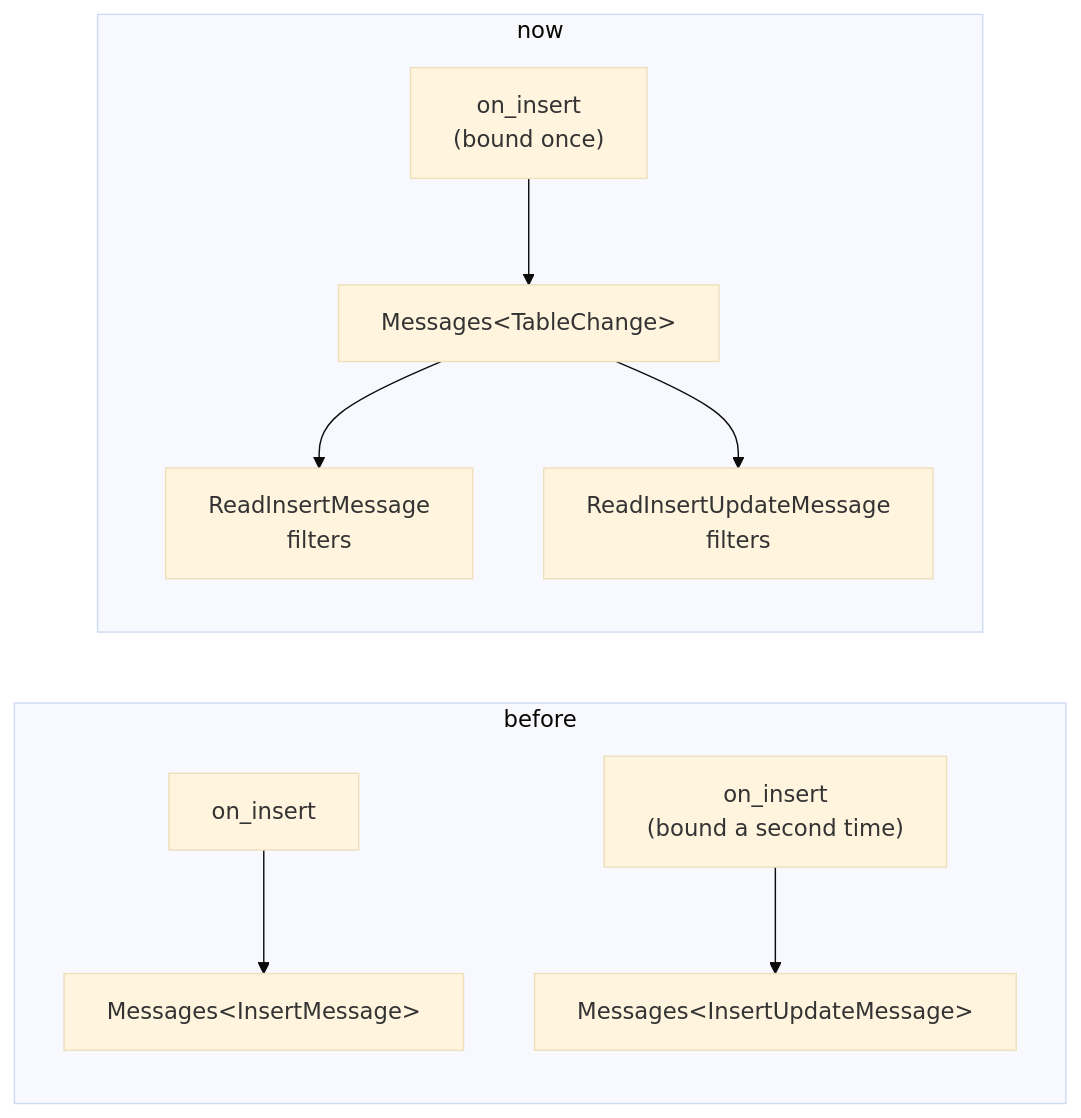
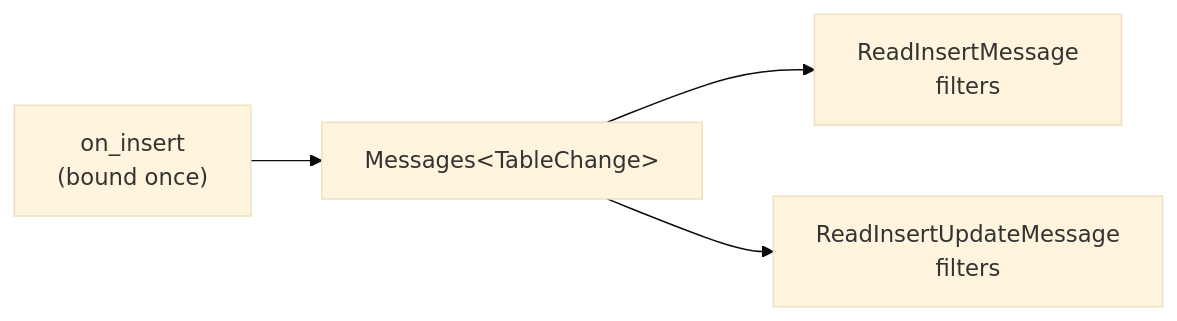
Before and after one commit to onx2/bevy_stdb: the seventh of 7 diagrams in docs/architecture.md, drawn with Mermaid (base theme). The commit also changed other lines of this file and 11 other files, not shown here.

````diff
--- a/docs/architecture.md
+++ b/docs/architecture.md
@@ -240,21 +239,10 @@
 ```mermaid
 flowchart LR
-    subgraph before["before"]
-        cb1["on_insert"]
-        cb2["on_insert<br/>(bound a second time)"]
-        m1["Messages&lt;InsertMessage&gt;"]
-        m2["Messages&lt;InsertUpdateMessage&gt;"]
-        cb1 --> m1
-        cb2 --> m2
-    end
-
-    subgraph after["now"]
-        cb3["on_insert<br/>(bound once)"]
-        s["Messages&lt;TableChange&gt;"]
-        v1["ReadInsertMessage<br/>filters"]
-        v2["ReadInsertUpdateMessage<br/>filters"]
-        cb3 --> s
-        s --> v1
-        s --> v2
-    end
+    cb["on_insert<br/>(bound once)"]
+    s["Messages&lt;TableChange&gt;"]
+    v1["ReadInsertMessage<br/>filters"]
+    v2["ReadInsertUpdateMessage<br/>filters"]
+    cb --> s
+    s --> v1
+    s --> v2
 ```
````
